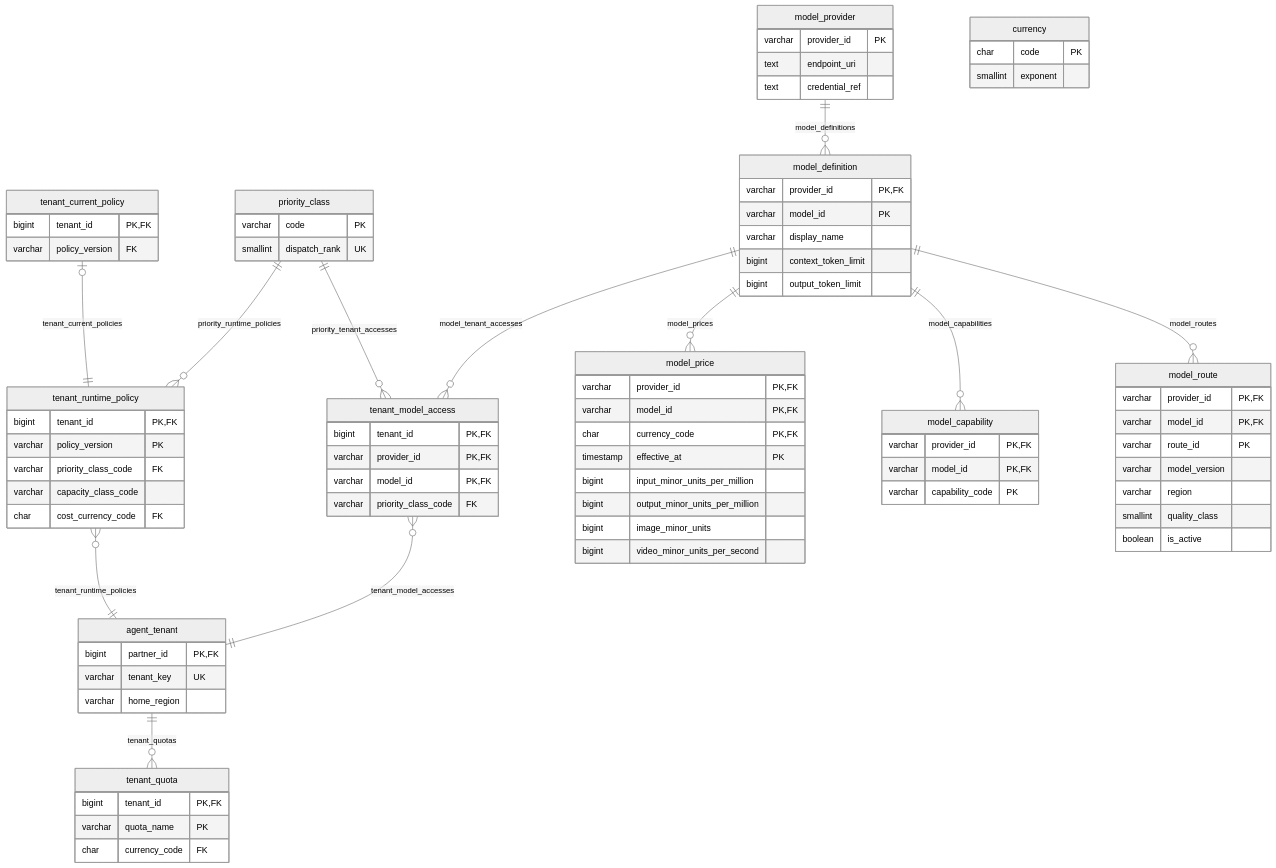
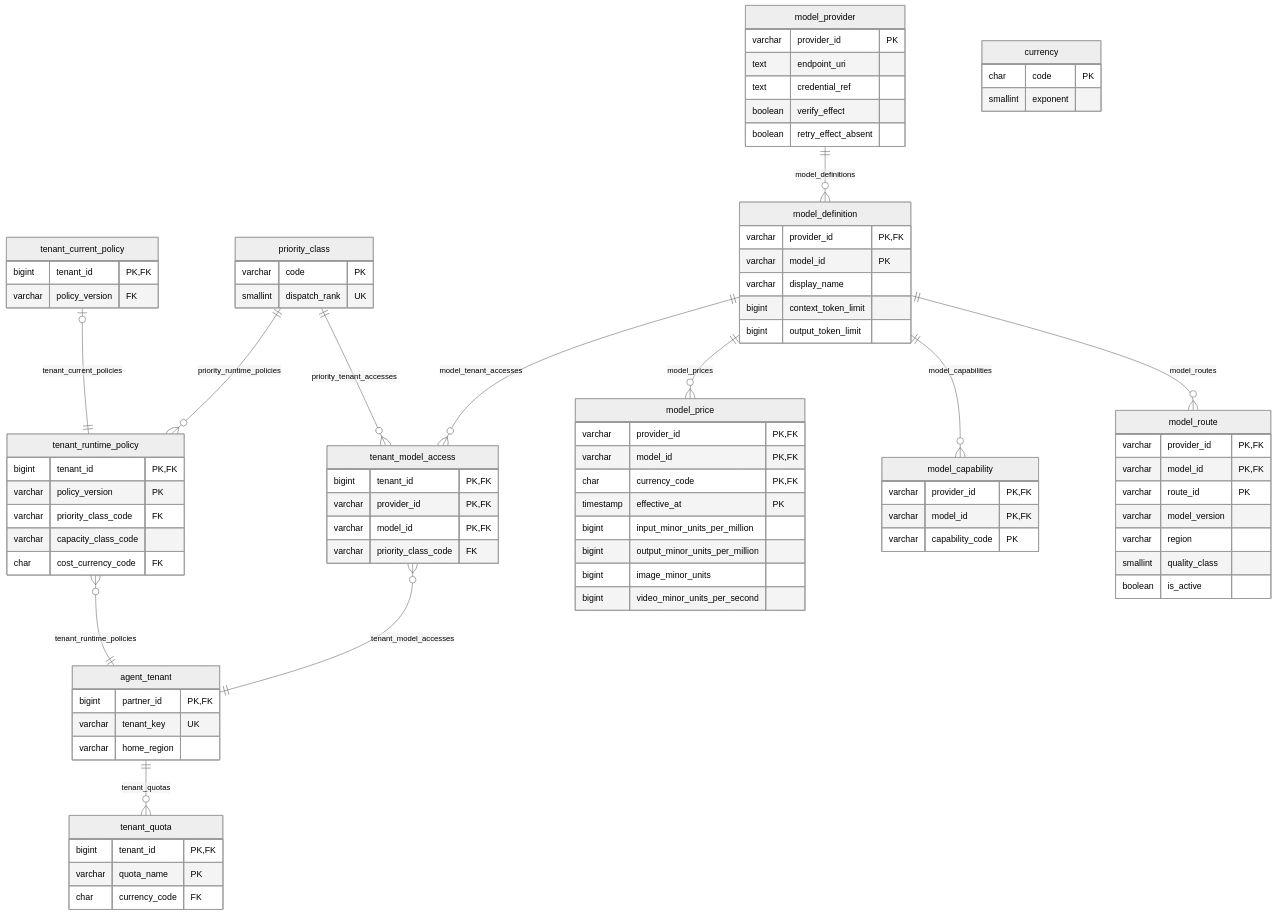
One commit to nauticana/scout changed the third of 16 diagrams in doc/database.md. Above: the diagram before and after it, drawn with Mermaid (neutral theme). The commit also changed other lines of this file and 119 other files, not shown here.

Commit message:
tenant runtime policy writer, verified effects, prompts on the scope engine (studio-v2), one decision record per decision, per-principal concurrency and budgets, cross-process replies and cancellation, acting principal through the queue; charter v1.2.0, keel v1.2.68

```diff
--- a/doc/database.md
+++ b/doc/database.md
@@ -423,6 +418,8 @@
         varchar provider_id PK
         text endpoint_uri
         text credential_ref
+        boolean verify_effect
+        boolean retry_effect_absent
     }
     model_definition {
         varchar provider_id PK,FK
```
